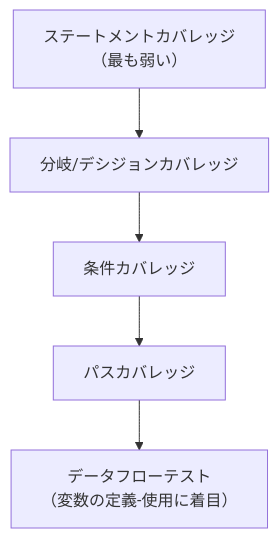
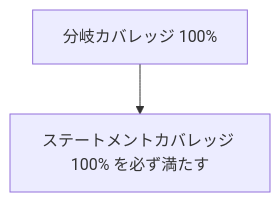
Before and after one commit to myoshi2891/Quality-Assurance-Studies: the fourth of 5 diagrams in Software-test-design-guide.md, drawn with Mermaid. The commit also changed other lines of this file, not shown here.

Commit message:
docs(software-test-design): add test technique decision flowchart and enhance design explanations

````diff
--- a/Software-test-design-guide.md
+++ b/Software-test-design-guide.md
@@ -320,7 +341,4 @@
 ```mermaid
 flowchart TB
-    A["ステートメントカバレッジ<br/>（最も弱い）"] --> B["分岐/デシジョンカバレッジ"]
-    B --> C["条件カバレッジ"]
-    C --> D["パスカバレッジ"]
-    D --> E["データフローテスト<br/>（変数の定義-使用に着目）"]
+    B["分岐カバレッジ 100%"] --> A["ステートメントカバレッジ 100% を必ず満たす"]
 ```
````
